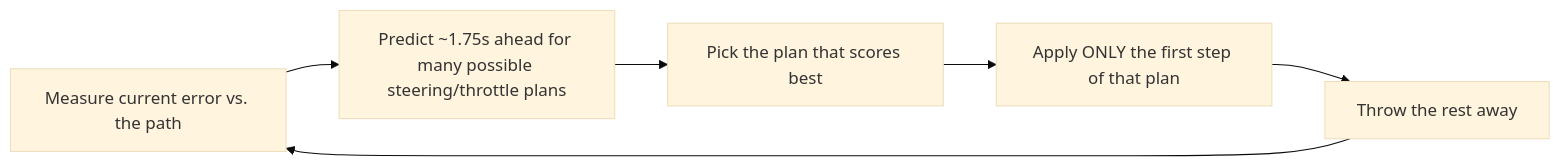
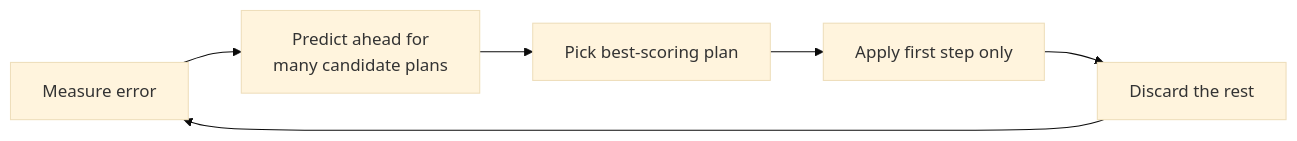
The diagram in docs/junior_project_mpc_docs.md (Martin-Jin/fsae_MPCTest), drawn with Mermaid (base theme) before and after one commit. The commit also changed other lines of this file, not shown here.

````diff
--- a/docs/junior_project_mpc_docs.md
+++ b/docs/junior_project_mpc_docs.md
@@ -93,8 +89,8 @@
 ```mermaid
 graph LR
-    A["Measure current error vs. the path"] --> B["Predict ~1.75s ahead for many possible steering/throttle plans"]
-    B --> C["Pick the plan that scores best"]
-    C --> D["Apply ONLY the first step of that plan"]
-    D --> E["Throw the rest away"]
+    A["Measure error"] --> B["Predict ahead for<br/>many candidate plans"]
+    B --> C["Pick best-scoring plan"]
+    C --> D["Apply first step only"]
+    D --> E["Discard the rest"]
     E --> A
 ```
````
